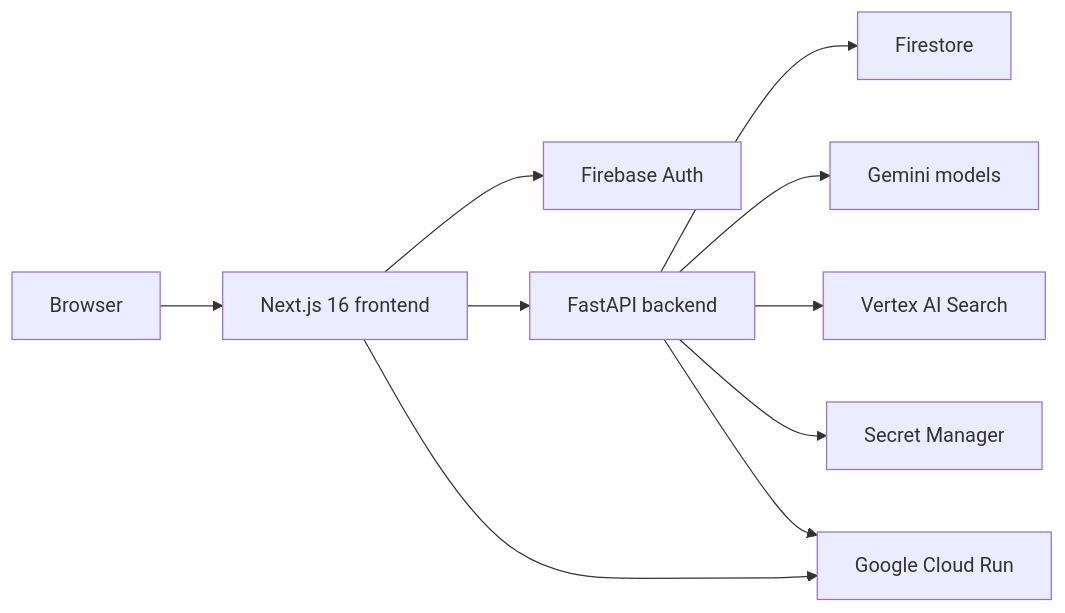
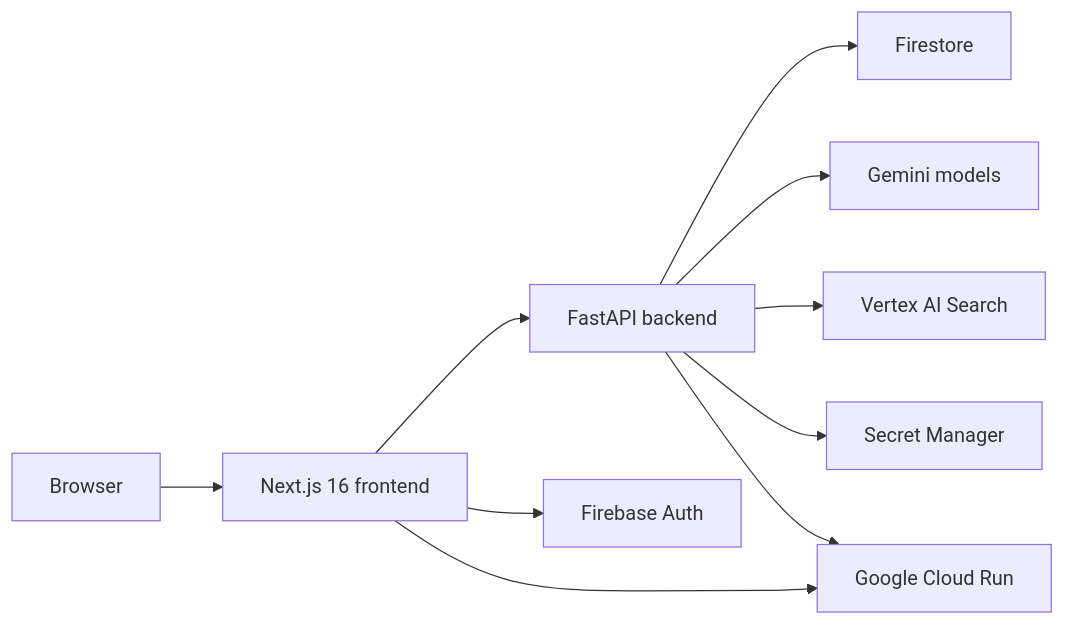
Before and after one commit to AlaskanTuna/Layak: the first of 3 diagrams in README.md, drawn with Mermaid. The commit also changed other lines of this file, not shown here.

````diff
--- a/README.md
+++ b/README.md
@@ -100,22 +67,12 @@
 ```mermaid
 flowchart LR
-    Browser[Browser]
-    Frontend[Next.js 16 frontend]
-    Backend[FastAPI backend]
-    Auth[Firebase Auth]
-    DB[Firestore]
-    CloudRun[Google Cloud Run]
-    Gemini[Gemini models]
-    Search[Vertex AI Search]
-    Secrets[Secret Manager]
-
-    Browser --> Frontend
-    Frontend --> Auth
-    Frontend --> Backend
-    Backend --> DB
-    Backend --> Gemini
-    Backend --> Search
-    Backend --> Secrets
-    Frontend --> CloudRun
+    Browser[Browser] --> Frontend[Next.js 16 frontend]
+    Frontend --> Backend[FastAPI backend]
+    Frontend --> Auth[Firebase Auth]
+    Backend --> Firestore[Firestore]
+    Backend --> Gemini[Gemini models]
+    Backend --> Search[Vertex AI Search]
+    Backend --> Secrets[Secret Manager]
+    Frontend --> CloudRun[Google Cloud Run]
     Backend --> CloudRun
 ```
````
